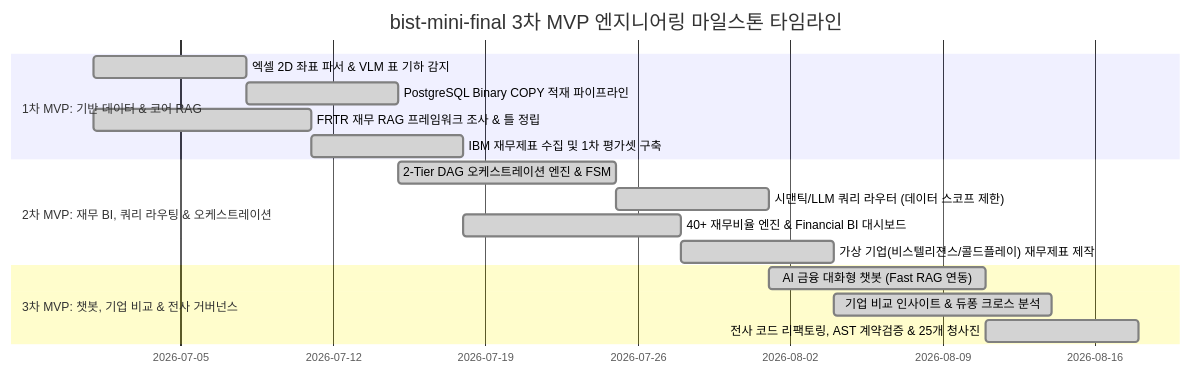
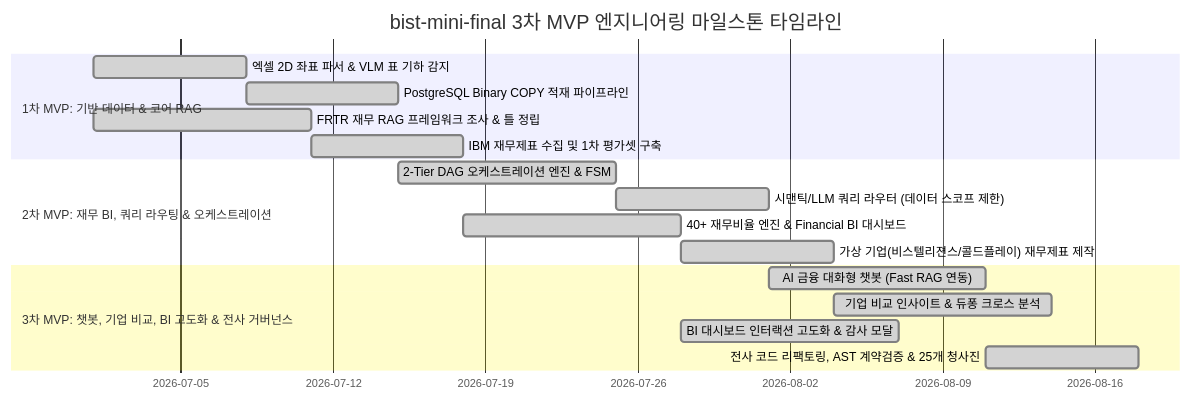
The diagram in docs/00_master_plan_and_standards/BP-004_project_timeline_and_role_distribution.md (bist-mini-final/bist-mini-final), drawn with Mermaid before and after one commit. The commit also changed other lines of this file, not shown here.

Commit message:
docs: enrich BP-004 with balanced 4-member roles across all 3 MVP phases (including Kwon's 3rd MVP BI interaction & a11y role)

````diff
--- a/docs/00_master_plan_and_standards/BP-004_project_timeline_and_role_distribution.md
+++ b/docs/00_master_plan_and_standards/BP-004_project_timeline_and_role_distribution.md
@@ -11,19 +11,20 @@
 ```mermaid
 gantt
     title bist-mini-final 3차 MVP 엔지니어링 마일스톤 타임라인
     dateFormat  YYYY-MM-DD
     section 1차 MVP: 기반 데이터 & 코어 RAG
     엑셀 2D 좌표 파서 & VLM 표 기하 감지   :done, mvp1_1, 2026-07-01, 7d
     PostgreSQL Binary COPY 적재 파이프라인 :done, mvp1_2, after mvp1_1, 7d
     FRTR 재무 RAG 프레임워크 조사 & 틀 정립  :done, mvp1_3, 2026-07-01, 10d
     IBM 재무제표 수집 및 1차 평가셋 구축   :done, mvp1_4, after mvp1_3, 7d
     section 2차 MVP: 재무 BI, 쿼리 라우팅 & 오케스트레이션
     2-Tier DAG 오케스트레이션 엔진 & FSM   :done, mvp2_1, after mvp1_2, 10d
     시맨틱/LLM 쿼리 라우터 (데이터 스코프 제한):done, mvp2_2, after mvp2_1, 7d
     40+ 재무비율 엔진 & Financial BI 대시보드 :done, mvp2_3, after mvp1_4, 10d
     가상 기업(비스텔리젼스/콜드플레이) 재무제표 제작:done, mvp2_4, after mvp2_3, 7d
-    section 3차 MVP: 챗봇, 기업 비교 & 전사 거버넌스
+    section 3차 MVP: 챗봇, 기업 비교, BI 고도화 & 전사 거버넌스
     AI 금융 대화형 챗봇 (Fast RAG 연동)    :done, mvp3_1, after mvp2_2, 10d
     기업 비교 인사이트 & 듀퐁 크로스 분석   :done, mvp3_2, after mvp2_4, 10d
-    전사 코드 리팩토링, AST 계약검증 & 25개 청사진:done, mvp3_3, after mvp3_1, 7d
+    BI 대시보드 인터랙션 고도화 & 감사 모달:done, mvp3_3, after mvp2_3, 10d
+    전사 코드 리팩토링, AST 계약검증 & 25개 청사진:done, mvp3_4, after mvp3_1, 7d
 ```
````
